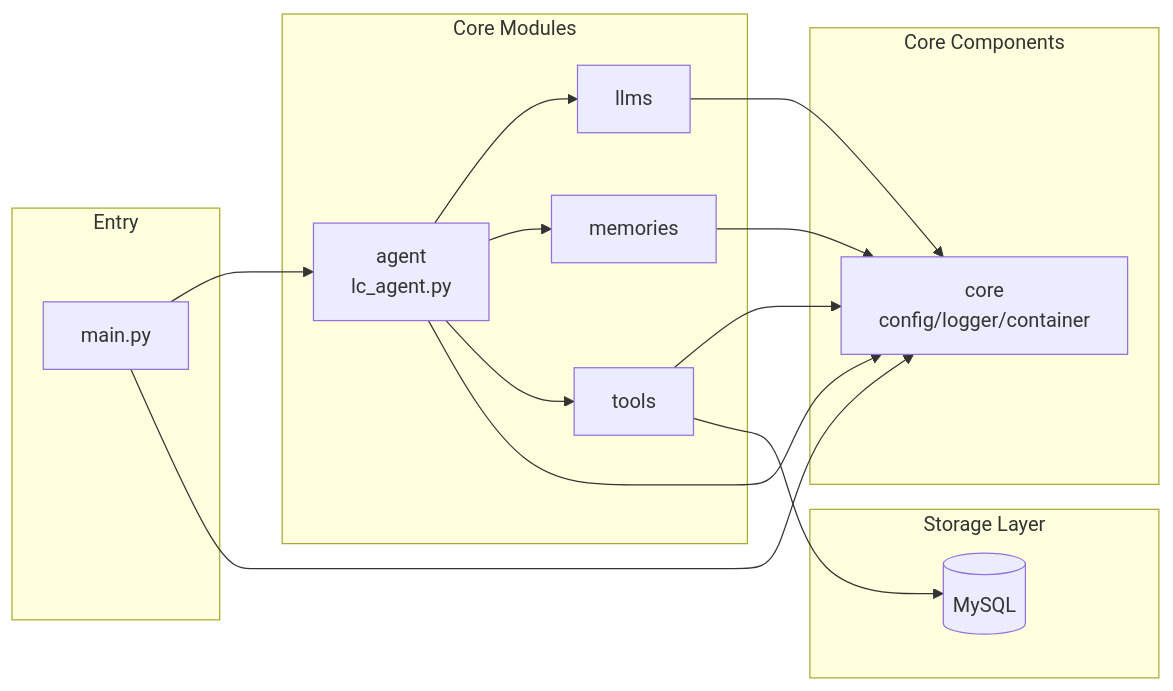
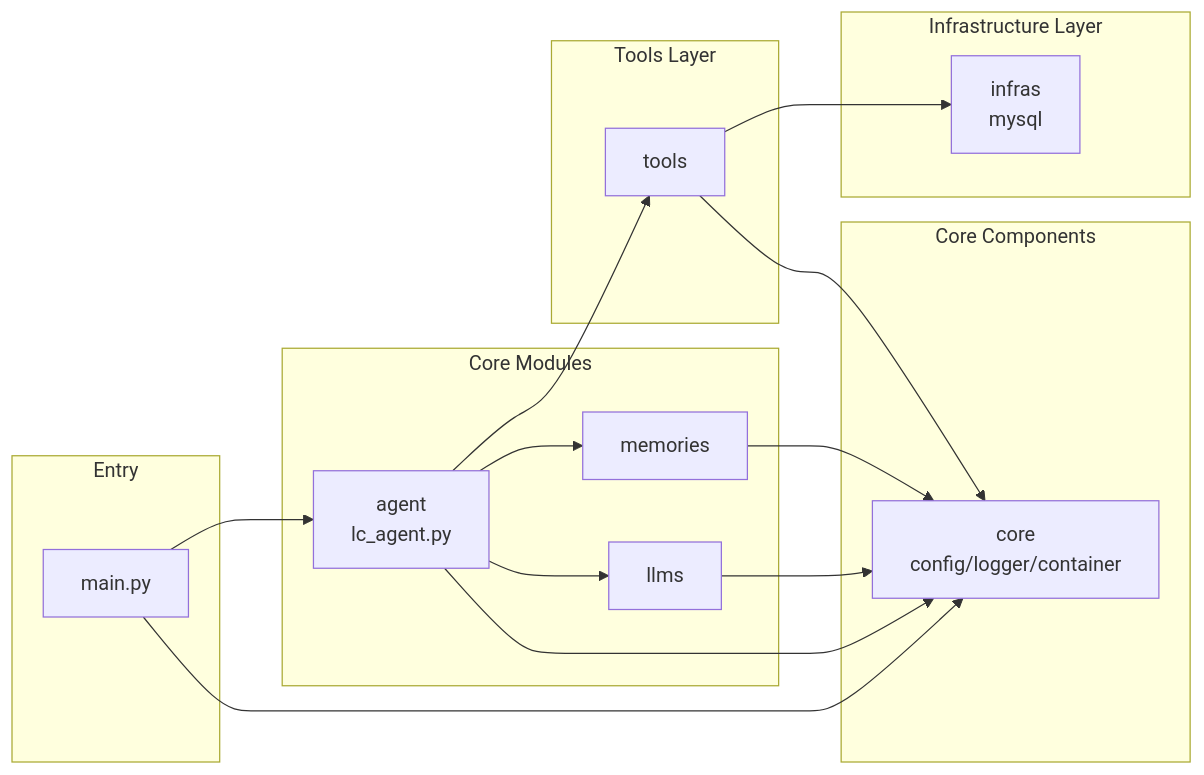
The fifth of 5 diagrams in README.en.md (chain-engine/x-langchain), drawn with Mermaid before and after one commit. The commit also changed other lines of this file and 3 other files, not shown here.

````diff
--- a/README.en.md
+++ b/README.en.md
@@ -314,32 +309,35 @@
 ```mermaid
 graph LR
     subgraph Entry
         M[main.py]
     end
 
     subgraph Core Components
         CC[core<br/>config/logger/container]
     end
 
     subgraph Core Modules
         AG[agent<br/>lc_agent.py]
         LL[llms]
         MM[memories]
+    end
+
+    subgraph Tools Layer
         TT[tools]
     end
 
-    subgraph Storage Layer
-        DB[(MySQL)]
+    subgraph Infrastructure Layer
+        IN[infras<br/>mysql]
     end
 
     M --> AG
     M --> CC
     AG --> LL
     AG --> MM
     AG --> TT
     AG --> CC
     LL --> CC
     MM --> CC
     TT --> CC
-    TT --> DB
+    TT --> IN
 ```
````
